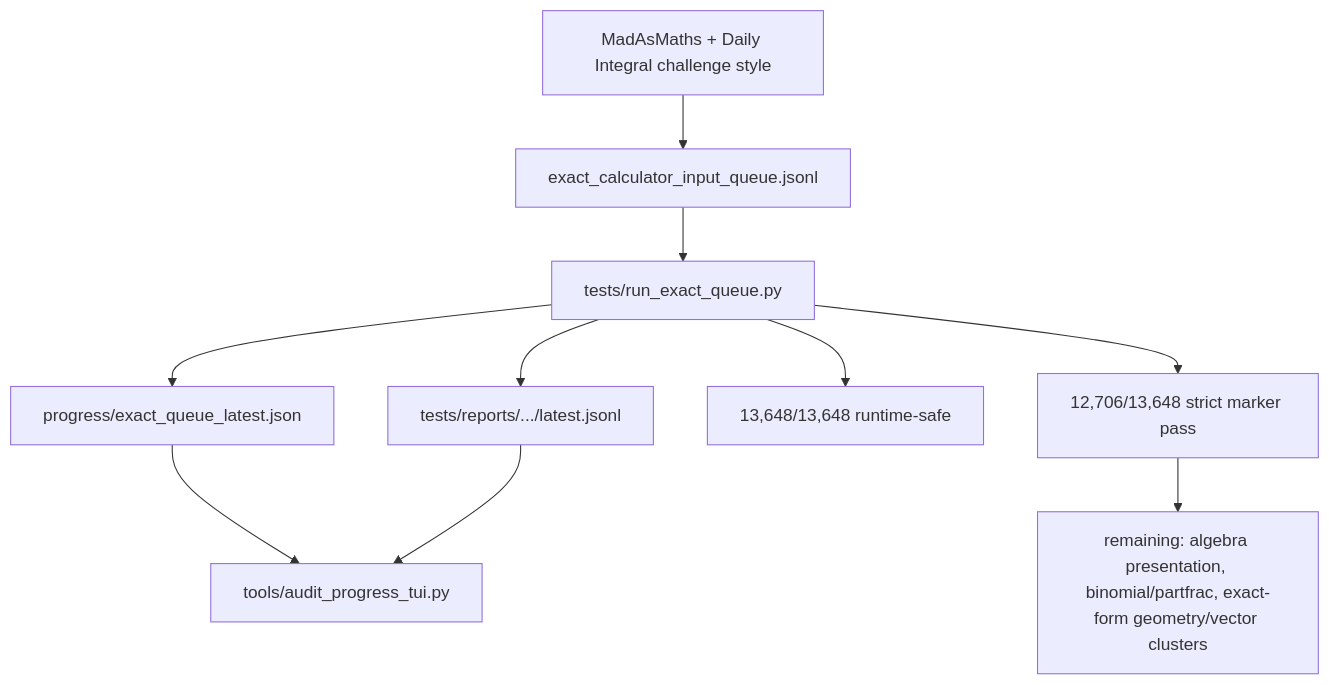
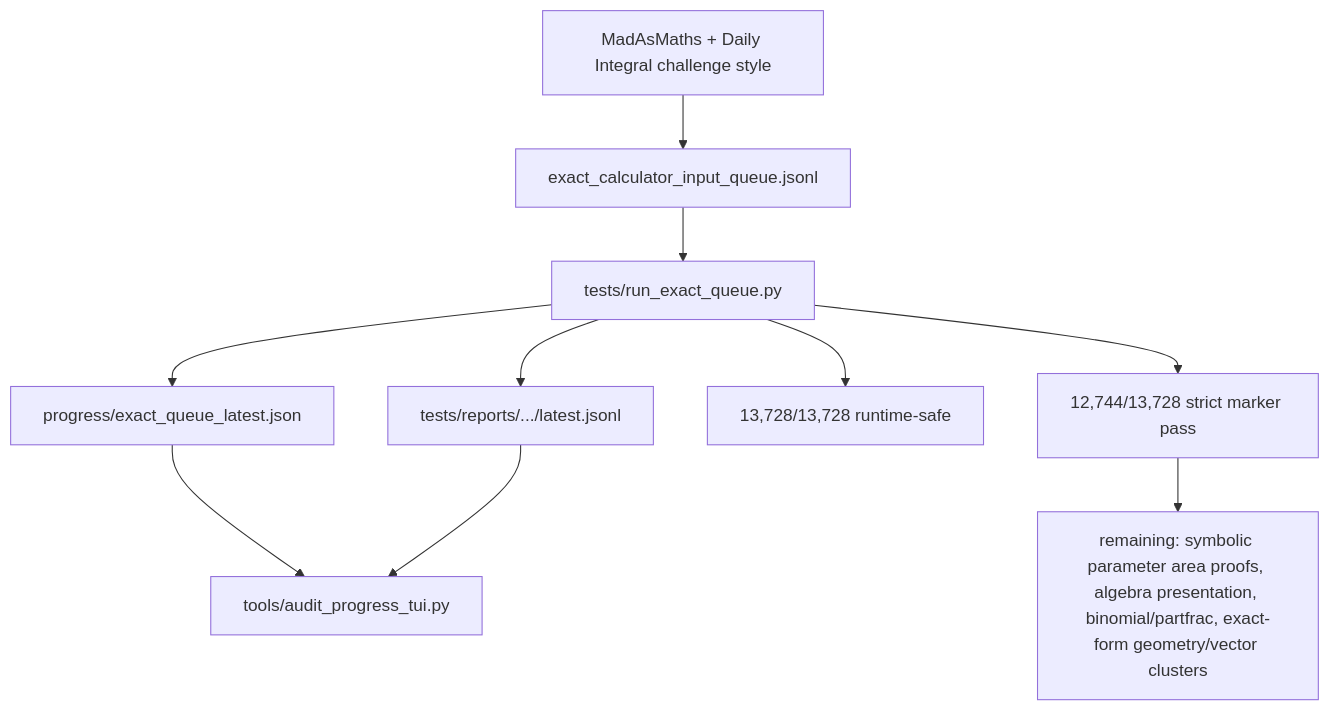
One commit to james8464/notes-addin-casio-fx-cg50 changed the fifth of 5 diagrams in docs/GRAPH.md. Above: the diagram before and after it, drawn with Mermaid. The commit also changed other lines of this file and 4 other files, not shown here.

````diff
--- a/docs/GRAPH.md
+++ b/docs/GRAPH.md
@@ -57,12 +58,12 @@
 ```mermaid
 graph TD
   Online["MadAsMaths + Daily Integral challenge style"] --> Queue["exact_calculator_input_queue.jsonl"]
   Queue --> Runner["tests/run_exact_queue.py"]
   Runner --> Live["progress/exact_queue_latest.json"]
   Runner --> Report["tests/reports/.../latest.jsonl"]
   Live --> TUI["tools/audit_progress_tui.py"]
   Report --> TUI
-  Runner --> Runtime["13,648/13,648 runtime-safe"]
-  Runner --> Strict["12,706/13,648 strict marker pass"]
-  Strict --> Remaining["remaining: algebra presentation, binomial/partfrac, exact-form geometry/vector clusters"]
+  Runner --> Runtime["13,728/13,728 runtime-safe"]
+  Runner --> Strict["12,744/13,728 strict marker pass"]
+  Strict --> Remaining["remaining: symbolic parameter area proofs, algebra presentation, binomial/partfrac, exact-form geometry/vector clusters"]
 ```
````
